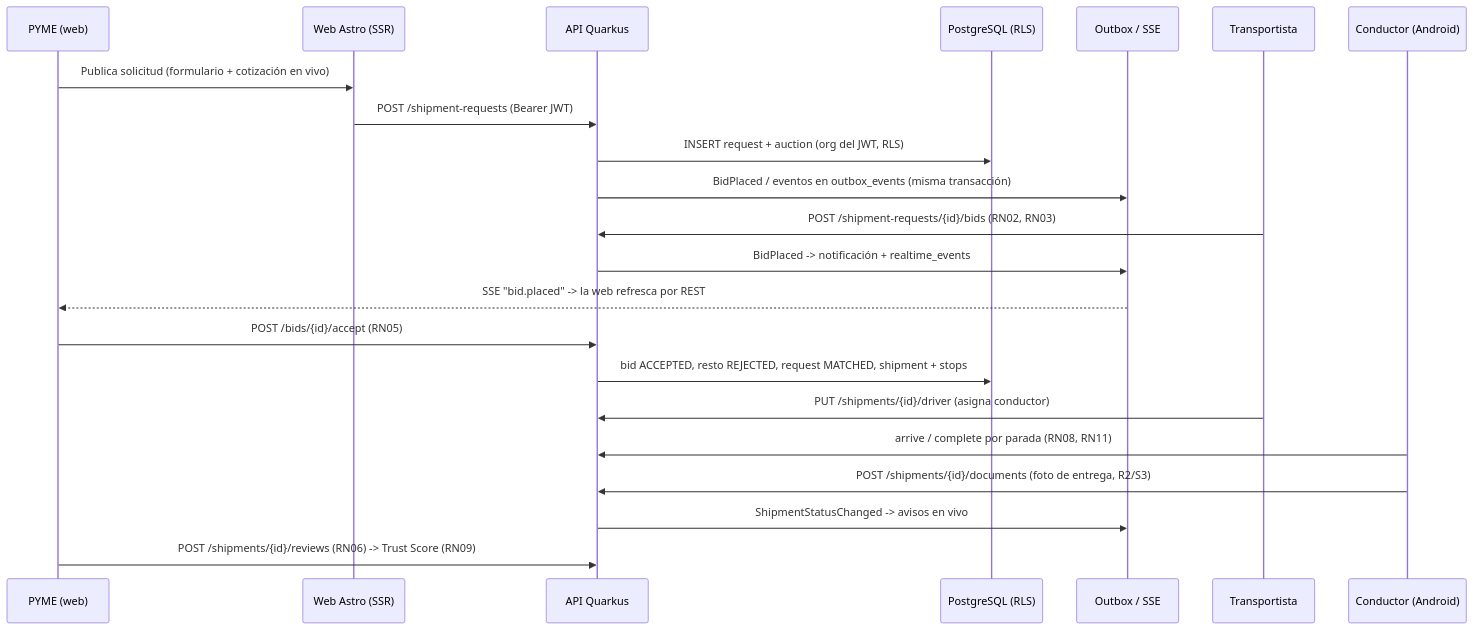
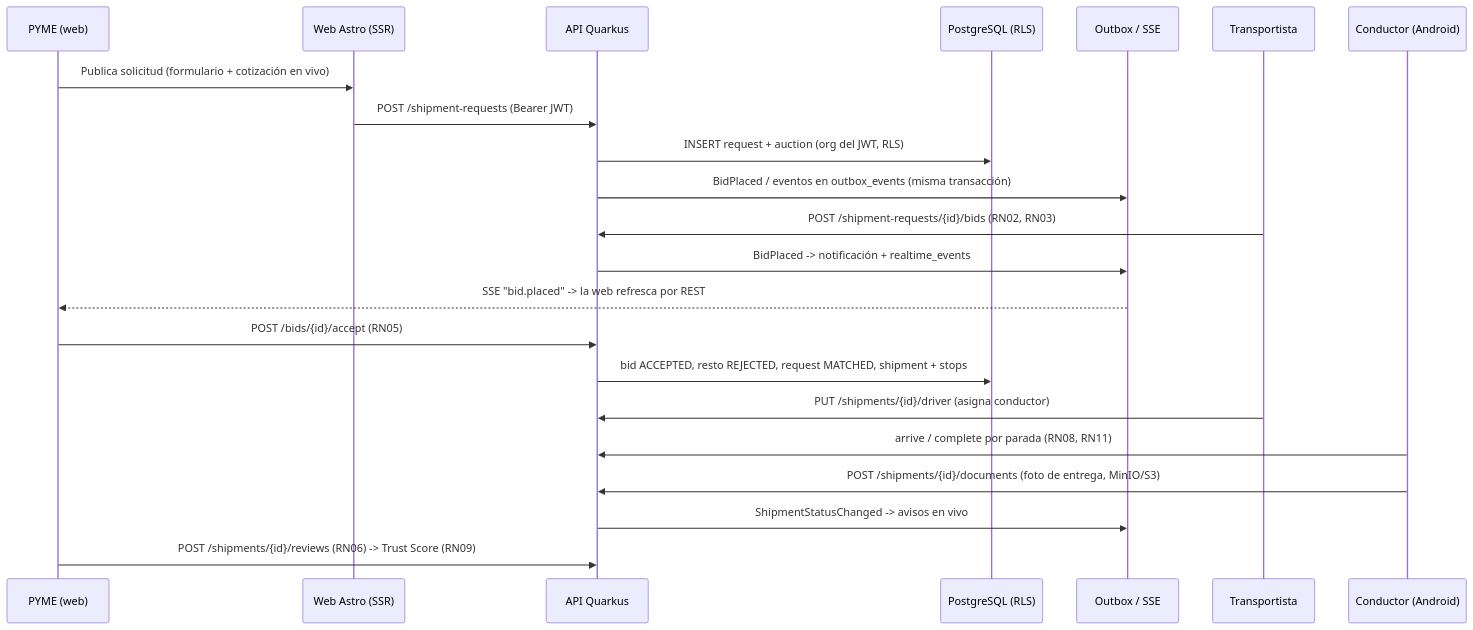
The fourth of 5 diagrams in docs/software/entregable-1/arquitectura.md (TheReeds/ProyectoEPE-LOGYX), drawn with Mermaid before and after one commit. The commit also changed other lines of this file and 28 other files, not shown here.

````diff
--- a/docs/software/entregable-1/arquitectura.md
+++ b/docs/software/entregable-1/arquitectura.md
@@ -238,25 +255,25 @@
 ```mermaid
 sequenceDiagram
   participant P as PYME (web)
   participant W as Web Astro (SSR)
   participant A as API Quarkus
   participant D as PostgreSQL (RLS)
   participant O as Outbox / SSE
   participant T as Transportista
   participant C as Conductor (Android)
 
   P->>W: Publica solicitud (formulario + cotización en vivo)
   W->>A: POST /shipment-requests (Bearer JWT)
   A->>D: INSERT request + auction (org del JWT, RLS)
   A->>O: BidPlaced / eventos en outbox_events (misma transacción)
   T->>A: POST /shipment-requests/{id}/bids (RN02, RN03)
   A->>O: BidPlaced -> notificación + realtime_events
   O-->>P: SSE "bid.placed" -> la web refresca por REST
   P->>A: POST /bids/{id}/accept (RN05)
   A->>D: bid ACCEPTED, resto REJECTED, request MATCHED, shipment + stops
   T->>A: PUT /shipments/{id}/driver (asigna conductor)
   C->>A: arrive / complete por parada (RN08, RN11)
-  C->>A: POST /shipments/{id}/documents (foto de entrega, R2/S3)
+  C->>A: POST /shipments/{id}/documents (foto de entrega, MinIO/S3)
   A->>O: ShipmentStatusChanged -> avisos en vivo
   P->>A: POST /shipments/{id}/reviews (RN06) -> Trust Score (RN09)
 ```
````
